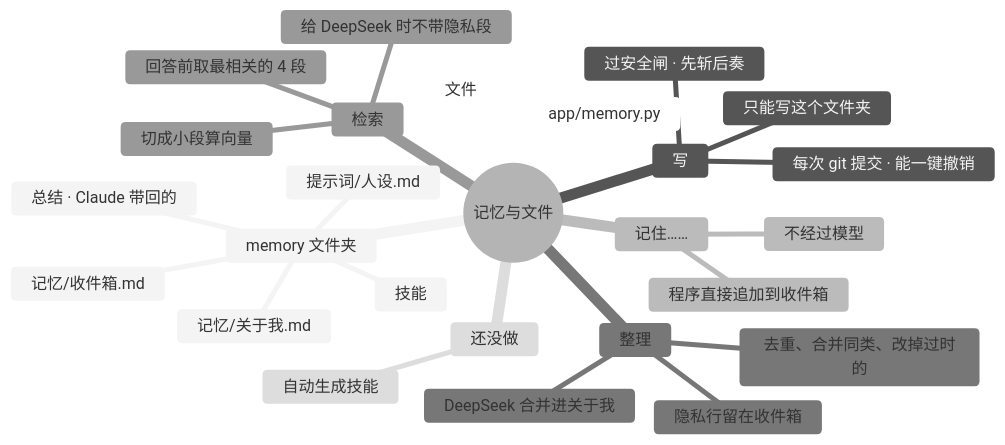
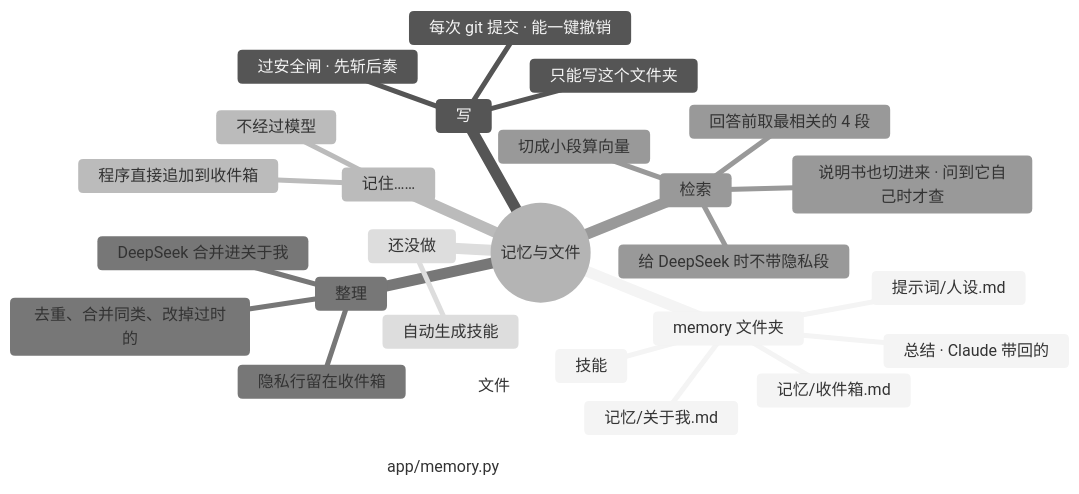
The diagram in docs/AI文档/架构/05-记忆与文件.md (lql-076/Experiment-Agent-One), drawn with Mermaid (neutral theme) before and after one commit. The commit also changed other lines of this file and 26 other files, not shown here.

````diff
--- a/docs/AI文档/架构/05-记忆与文件.md
+++ b/docs/AI文档/架构/05-记忆与文件.md
@@ -9,31 +9,32 @@
 ```mermaid
 mindmap
   root((记忆与文件))
     memory 文件夹
       记忆/收件箱.md
       记忆/关于我.md
       技能
       提示词/人设.md
       总结 · Claude 带回的
     写
       只能写这个文件夹
       过安全闸 · 先斩后奏
       每次 git 提交 · 能一键撤销
     记住……
       程序直接追加到收件箱
       不经过模型
     整理
     :::svc-nightly go-07
       DeepSeek 合并进关于我
       去重、合并同类、改掉过时的
       隐私行留在收件箱
     检索
     :::svc-model
       切成小段算向量
+      说明书也切进来 · 问到它自己时才查
       回答前取最相关的 4 段
       给 DeepSeek 时不带隐私段
     还没做
       自动生成技能
     文件
       app/memory.py
 ```
````
